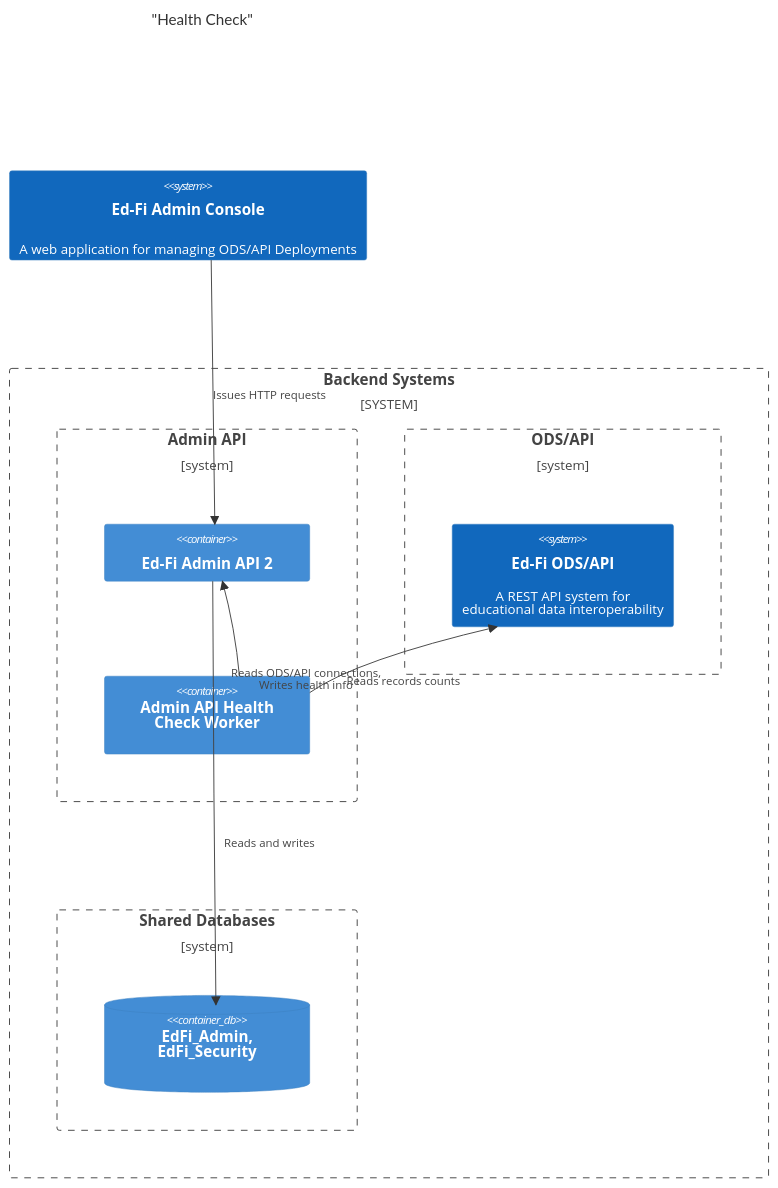
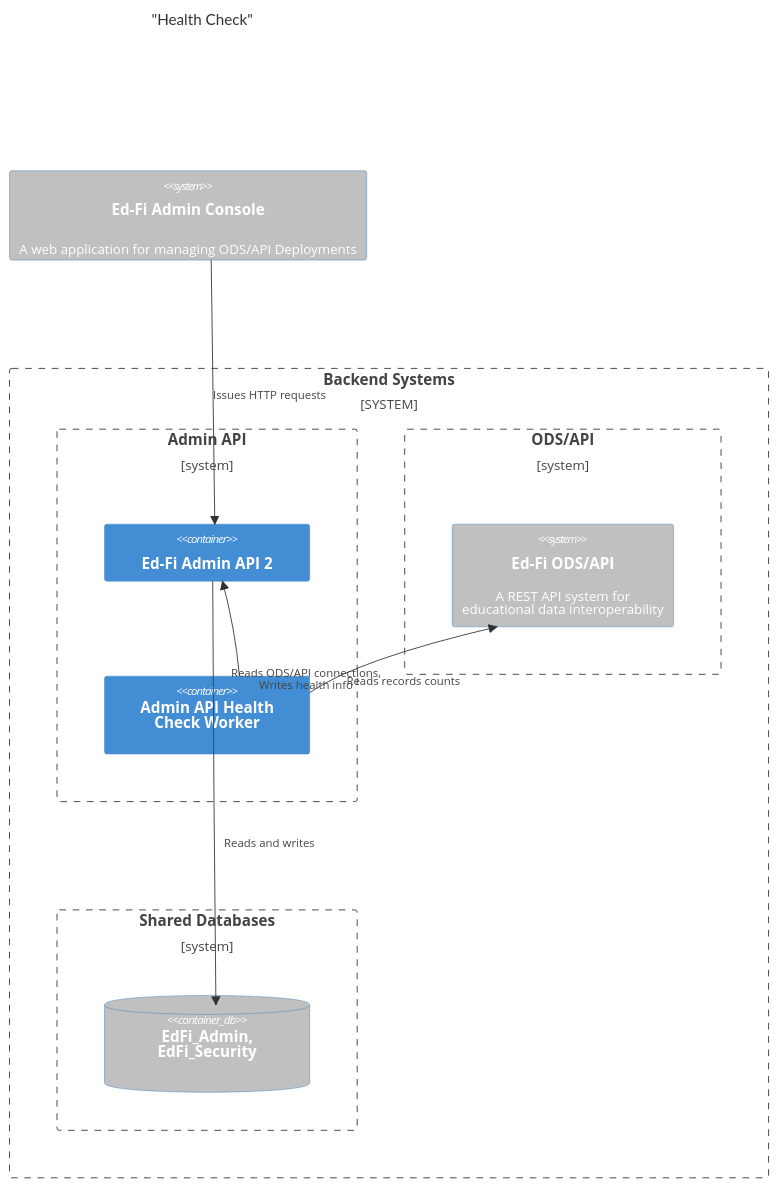
Before and after one commit to Ed-Fi-Alliance-OSS/AdminAPI-2.x: the diagram in docs/design/adminconsole/HEALTH-CHECK-WORKER.md, drawn with Mermaid. The commit also changed other lines of this file and 3 other files, not shown here.

Commit message:
Diagram improvements Move health check notes into new health check doc Move Admin API notes into new Admin API doc and expand on them

````diff
--- a/docs/design/adminconsole/HEALTH-CHECK-WORKER.md
+++ b/docs/design/adminconsole/HEALTH-CHECK-WORKER.md
@@ -9,35 +9,39 @@
 ```mermaid
 C4Container
     title "Health Check"
 
     System(AdminConsole, "Ed-Fi Admin Console", "A web application for managing ODS/API Deployments")
+    UpdateElementStyle(AdminConsole, $bgColor="silver")
 
     System_Boundary(backend, "Backend Systems") {
 
         Boundary(b0, "Admin API") {
             Container(AdminAPI, "Ed-Fi Admin API 2")
+
             Container(HealthCheck, "Admin API Health<br />Check Worker")
         }
 
         Boundary(b1, "ODS/API") {
             System(OdsApi, "Ed-Fi ODS/API", "A REST API system for<br />educational data interoperability")
+            UpdateElementStyle(OdsApi, $bgColor="silver")
         }
 
         Boundary(b2, "Shared Databases") {
             ContainerDb(Admin, "EdFi_Admin,<br />EdFi_Security")
+            UpdateElementStyle(Admin, $bgColor="silver")
         }
     }
     
     Rel(AdminConsole, AdminAPI, "Issues HTTP requests")
 
     Rel(HealthCheck, AdminAPI, "Reads ODS/API connections,<br />Writes health info")
     UpdateRelStyle(HealthCheck, AdminAPI, $offsetY="50")
 
     Rel(HealthCheck, OdsApi, "Reads records counts")
     UpdateRelStyle(HealthCheck, OdsApi, $offsetX="-60", $offsetY="20")
     
     Rel(AdminAPI, Admin, "Reads and writes")
     UpdateRelStyle(AdminAPI, Admin, $offsetY="50", $offsetX="10")
 
     UpdateLayoutConfig($c4ShapeInRow="2", $c4BoundaryInRow="2")
 ```
````
